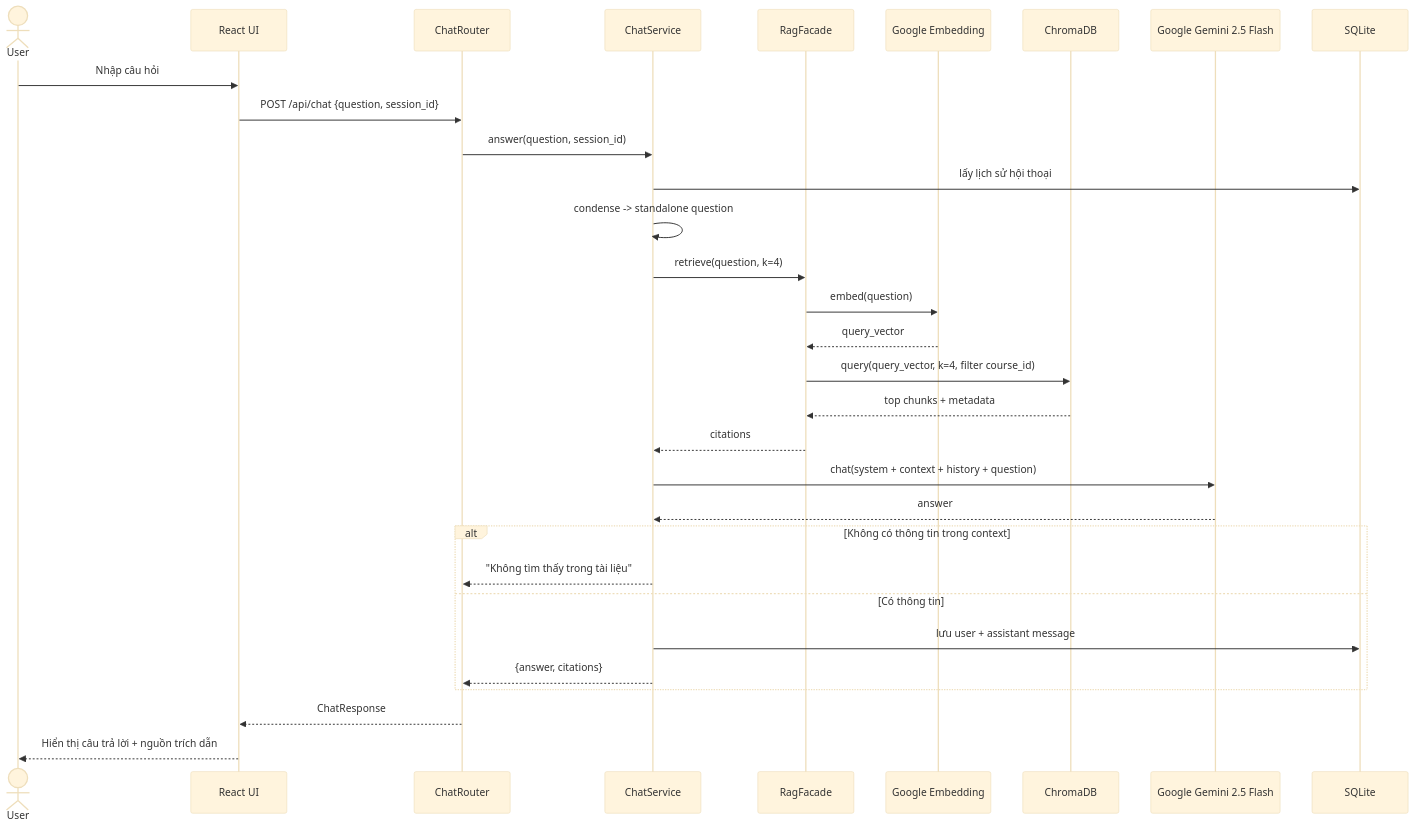
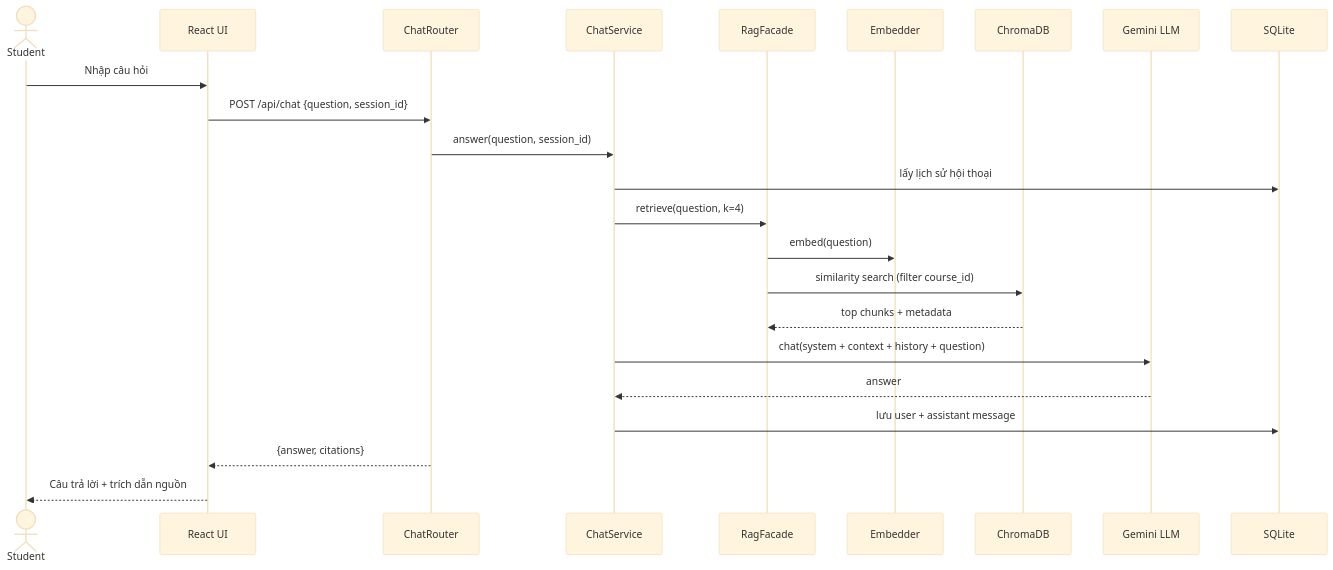
Before and after one commit to Scobydoo1/swd: the fourth of 8 diagrams in readme.md, drawn with Mermaid (base theme). The commit also changed other lines of this file, not shown here.

````diff
--- a/readme.md
+++ b/readme.md
@@ -287,34 +235,26 @@
 ```mermaid
 sequenceDiagram
-    actor U as User
+    actor U as Student
     participant FE as React UI
     participant R as ChatRouter
     participant S as ChatService
     participant RAG as RagFacade
-    participant E as Google Embedding
+    participant E as Embedder
     participant C as ChromaDB
-    participant LLM as Google Gemini 2.5 Flash
+    participant LLM as Gemini LLM
     participant DB as SQLite
 
     U->>FE: Nhập câu hỏi
     FE->>R: POST /api/chat {question, session_id}
     R->>S: answer(question, session_id)
     S->>DB: lấy lịch sử hội thoại
-    S->>S: condense -> standalone question
     S->>RAG: retrieve(question, k=4)
     RAG->>E: embed(question)
-    E-->>RAG: query_vector
-    RAG->>C: query(query_vector, k=4, filter course_id)
+    RAG->>C: similarity search (filter course_id)
     C-->>RAG: top chunks + metadata
-    RAG-->>S: citations
     S->>LLM: chat(system + context + history + question)
     LLM-->>S: answer
-    alt Không có thông tin trong context
-        S-->>R: "Không tìm thấy trong tài liệu"
-    else Có thông tin
-        S->>DB: lưu user + assistant message
-        S-->>R: {answer, citations}
-    end
-    R-->>FE: ChatResponse
-    FE-->>U: Hiển thị câu trả lời + nguồn trích dẫn
+    S->>DB: lưu user + assistant message
+    R-->>FE: {answer, citations}
+    FE-->>U: Câu trả lời + trích dẫn nguồn
 ```
````
